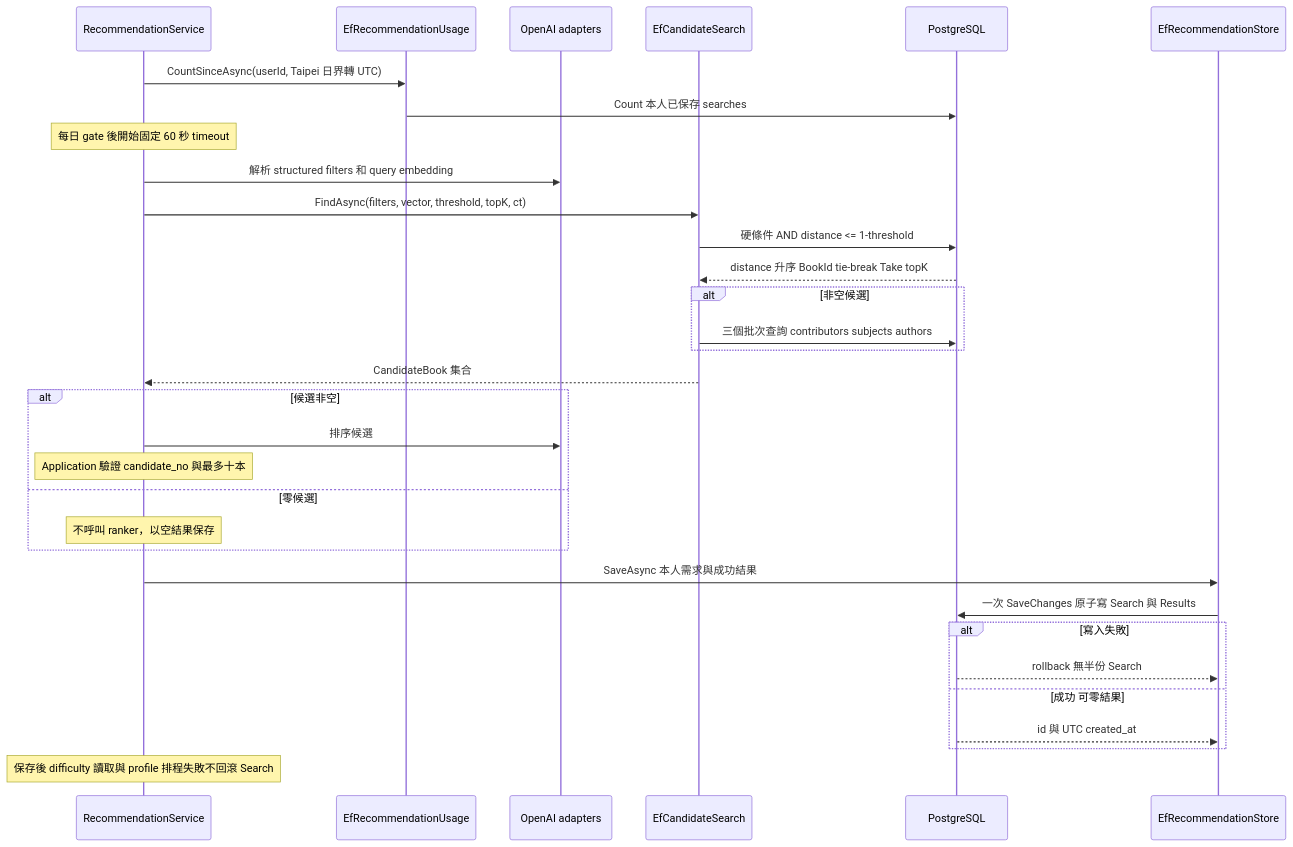
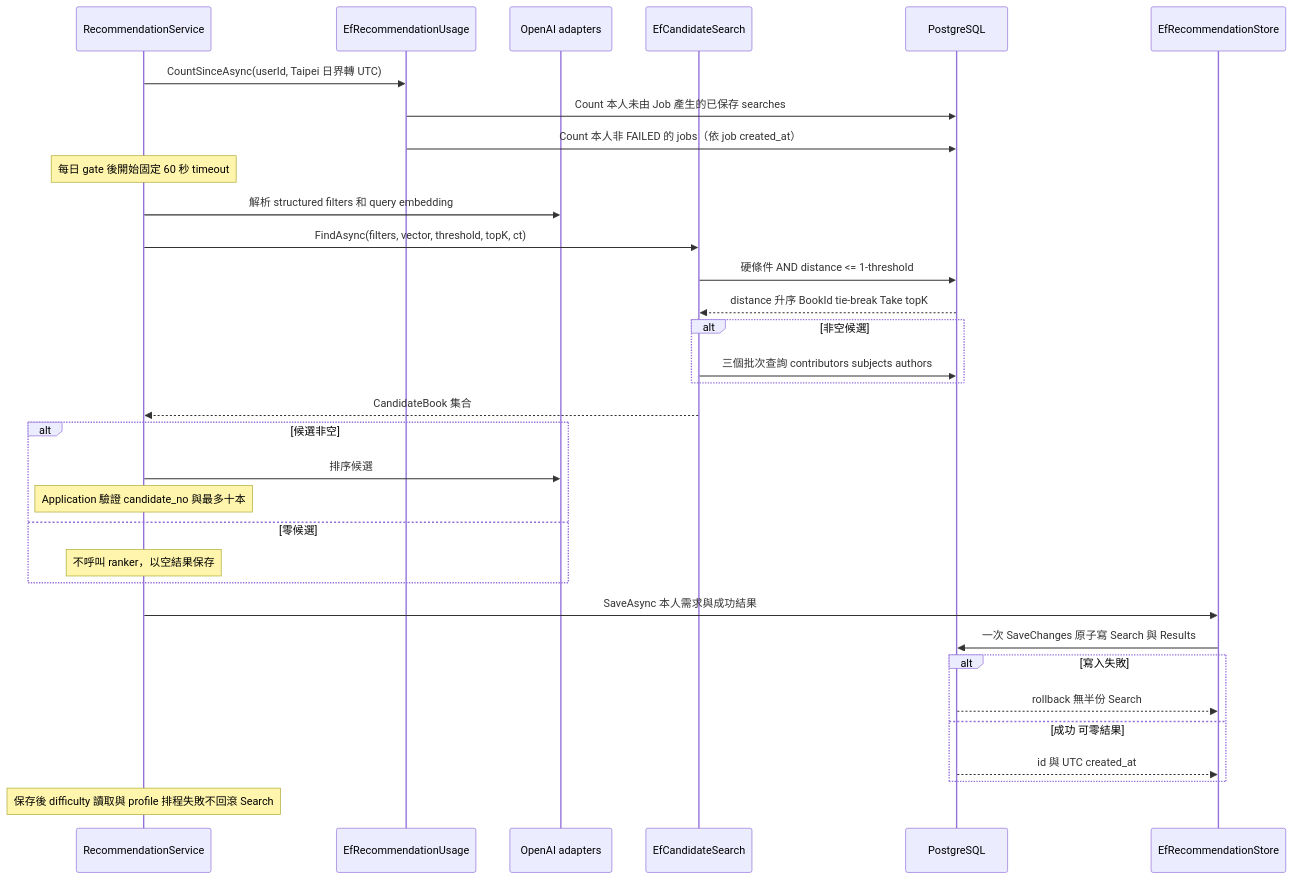
One commit to Arthur801/Book-Finder changed the fourth of 5 diagrams in Infrastructure/docs/workflow-diagram.md. Above: the diagram before and after it, drawn with Mermaid. The commit also changed other lines of this file and 9 other files, not shown here.

Commit message:
docs(rec-jobs): record the shared usage count (M2)

````diff
--- a/Infrastructure/docs/workflow-diagram.md
+++ b/Infrastructure/docs/workflow-diagram.md
@@ -96,34 +97,35 @@
 ```mermaid
 sequenceDiagram
   participant A as RecommendationService
   participant U as EfRecommendationUsage
   participant O as OpenAI adapters
   participant C as EfCandidateSearch
   participant D as PostgreSQL
   participant S as EfRecommendationStore
   A->>U: CountSinceAsync(userId, Taipei 日界轉 UTC)
-  U->>D: Count 本人已保存 searches
+  U->>D: Count 本人未由 Job 產生的已保存 searches
+  U->>D: Count 本人非 FAILED 的 jobs（依 job created_at）
   Note over A: 每日 gate 後開始固定 60 秒 timeout
   A->>O: 解析 structured filters 和 query embedding
   A->>C: FindAsync(filters, vector, threshold, topK, ct)
   C->>D: 硬條件 AND distance <= 1-threshold
   D-->>C: distance 升序 BookId tie-break Take topK
   alt 非空候選
     C->>D: 三個批次查詢 contributors subjects authors
   end
   C-->>A: CandidateBook 集合
   alt 候選非空
     A->>O: 排序候選
     Note over A: Application 驗證 candidate_no 與最多十本
   else 零候選
     Note over A: 不呼叫 ranker，以空結果保存
   end
   A->>S: SaveAsync 本人需求與成功結果
   S->>D: 一次 SaveChanges 原子寫 Search 與 Results
   alt 寫入失敗
     D-->>S: rollback 無半份 Search
   else 成功 可零結果
     D-->>S: id 與 UTC created_at
   end
   Note over A: 保存後 difficulty 讀取與 profile 排程失敗不回滾 Search
 ```
````
